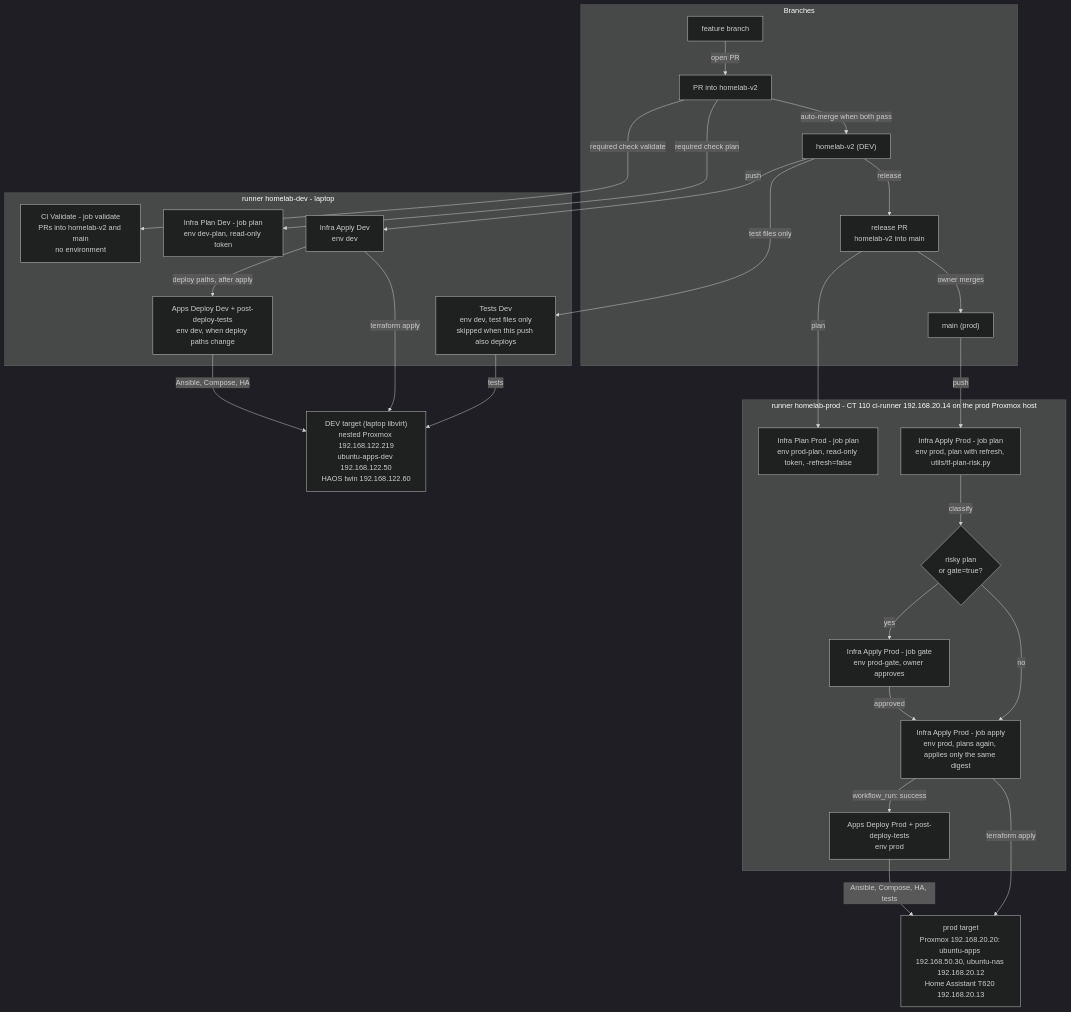
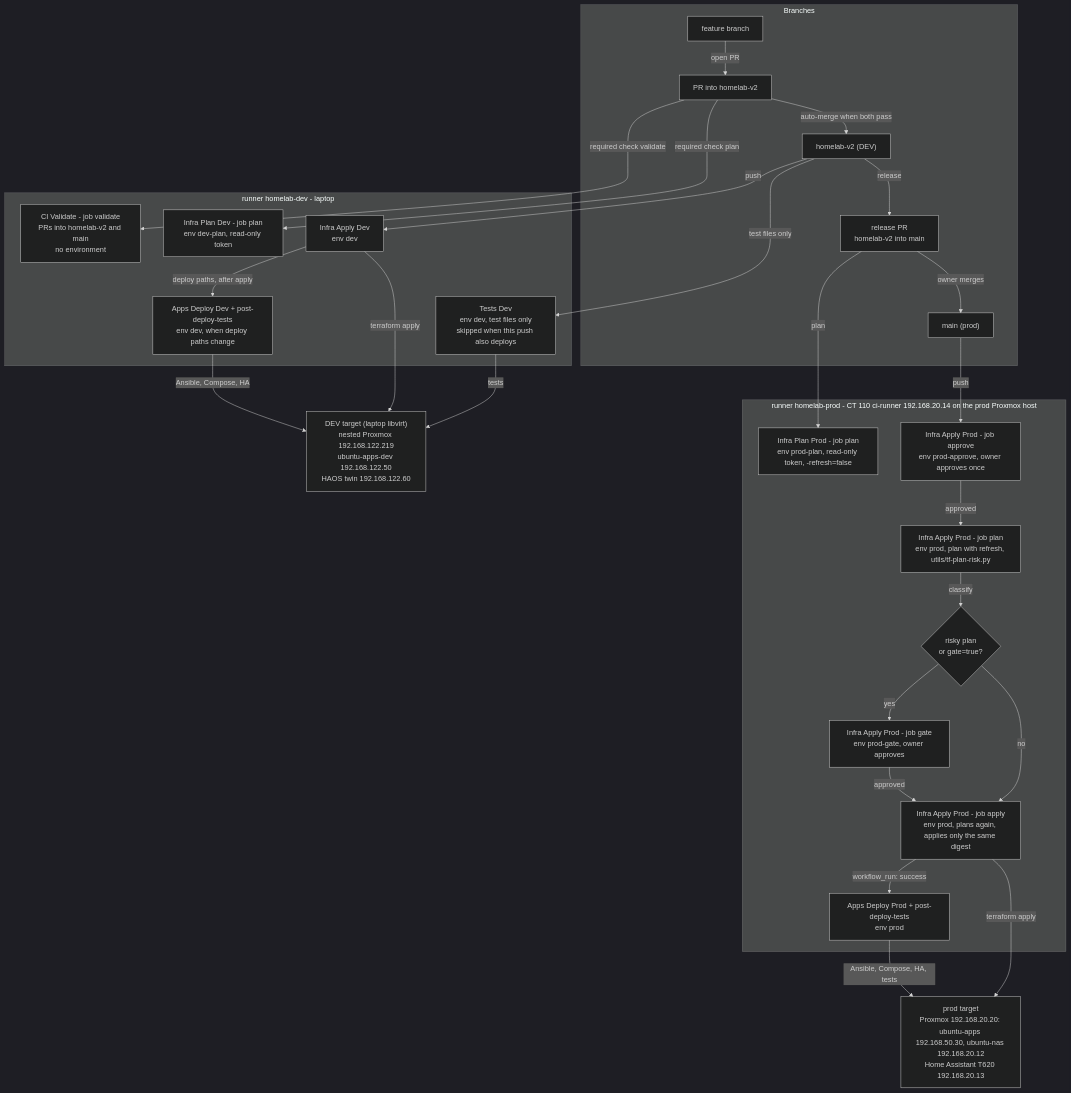
One commit to DaveKadziola/homelab changed the second of 3 diagrams in README.md. Above: the diagram before and after it, drawn with Mermaid (dark theme). The commit also changed other lines of this file and 4 other files, not shown here.

First line of the commit message:
docs: bring the change-flow and backup diagrams up to date

````diff
--- a/README.md
+++ b/README.md
@@ -109,48 +109,50 @@
 ```mermaid
 flowchart TB
   devt["DEV target (laptop libvirt)<br/>nested Proxmox 192.168.122.219<br/>ubuntu-apps-dev 192.168.122.50<br/>HAOS twin 192.168.122.60"]
   prodt["prod target<br/>Proxmox 192.168.20.20: ubuntu-apps 192.168.50.30, ubuntu-nas 192.168.20.12<br/>Home Assistant T620 192.168.20.13"]
   subgraph git ["Branches"]
     fb["feature branch"]
     prv2["PR into homelab-v2"]
     v2["homelab-v2 (DEV)"]
     prm["release PR<br/>homelab-v2 into main"]
     main["main (prod)"]
   end
   subgraph rdev ["runner homelab-dev - laptop"]
     val["CI Validate - job validate<br/>PRs into homelab-v2 and main<br/>no environment"]
     pld["Infra Plan Dev - job plan<br/>env dev-plan, read-only token"]
     apd["Infra Apply Dev<br/>env dev"]
     dpd["Apps Deploy Dev + post-deploy-tests<br/>env dev, when deploy paths change"]
     td["Tests Dev<br/>env dev, test files only<br/>skipped when this push also deploys"]
   end
   subgraph rprod ["runner homelab-prod - CT 110 ci-runner 192.168.20.14 on the prod Proxmox host"]
     plp["Infra Plan Prod - job plan<br/>env prod-plan, read-only token, -refresh=false"]
+    appr["Infra Apply Prod - job approve<br/>env prod-approve, owner approves once"]
     iap["Infra Apply Prod - job plan<br/>env prod, plan with refresh, utils/tf-plan-risk.py"]
     risk{"risky plan<br/>or gate=true?"}
     gate["Infra Apply Prod - job gate<br/>env prod-gate, owner approves"]
     apply["Infra Apply Prod - job apply<br/>env prod, plans again, applies only the same digest"]
     dpp["Apps Deploy Prod + post-deploy-tests<br/>env prod"]
   end
   fb -->|"open PR"| prv2
   prv2 -->|"required check validate"| val
   prv2 -->|"required check plan"| pld
   prv2 -->|"auto-merge when both pass"| v2
   v2 -->|"push"| apd
   apd -->|"deploy paths, after apply"| dpd
   v2 -->|"test files only"| td
   apd -->|"terraform apply"| devt
   dpd -->|"Ansible, Compose, HA"| devt
   td -->|"tests"| devt
   v2 -->|"release"| prm
   prm -->|"plan"| plp
   prm -->|"owner merges"| main
-  main -->|"push"| iap
+  main -->|"push"| appr
+  appr -->|"approved"| iap
   iap -->|"classify"| risk
   risk -->|"yes"| gate
   risk -->|"no"| apply
   gate -->|"approved"| apply
   apply -->|"workflow_run: success"| dpp
   apply -->|"terraform apply"| prodt
   dpp -->|"Ansible, Compose, HA, tests"| prodt
 ```
````
